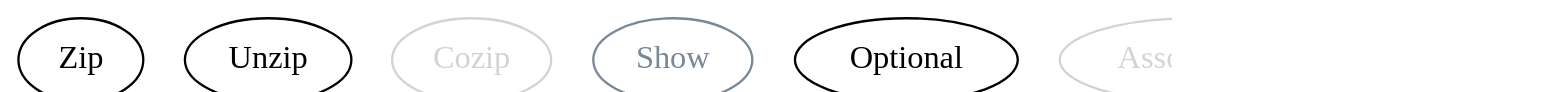
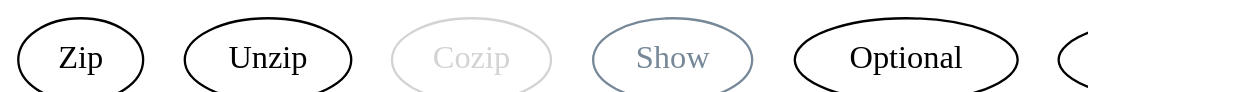
Before and after one commit to fommil/fpmortals: diagram 13 of 17 in manuscript/book.org, drawn with Graphviz. The commit also changed other lines of this file and 6 other files, not shown here.

```diff
--- a/manuscript/book.org
+++ b/manuscript/book.org
@@ -5338,14 +5338,13 @@
 #+BEGIN_SRC dot :file images/scalaz-loners.png :exports results
 digraph G {
     graph [dpi=100, rankdir=BT];
     node [fontname=Hack];
 
     Zip;
     Unzip;
     Cozip [fontcolor=lightgray,color=lightgray];
     Show [fontcolor=lightslategray,color=lightslategray];
     Optional;
-    Associative [fontcolor=lightgray,color=lightgray];
     Catchable;
 }
 #+END_SRC
```
